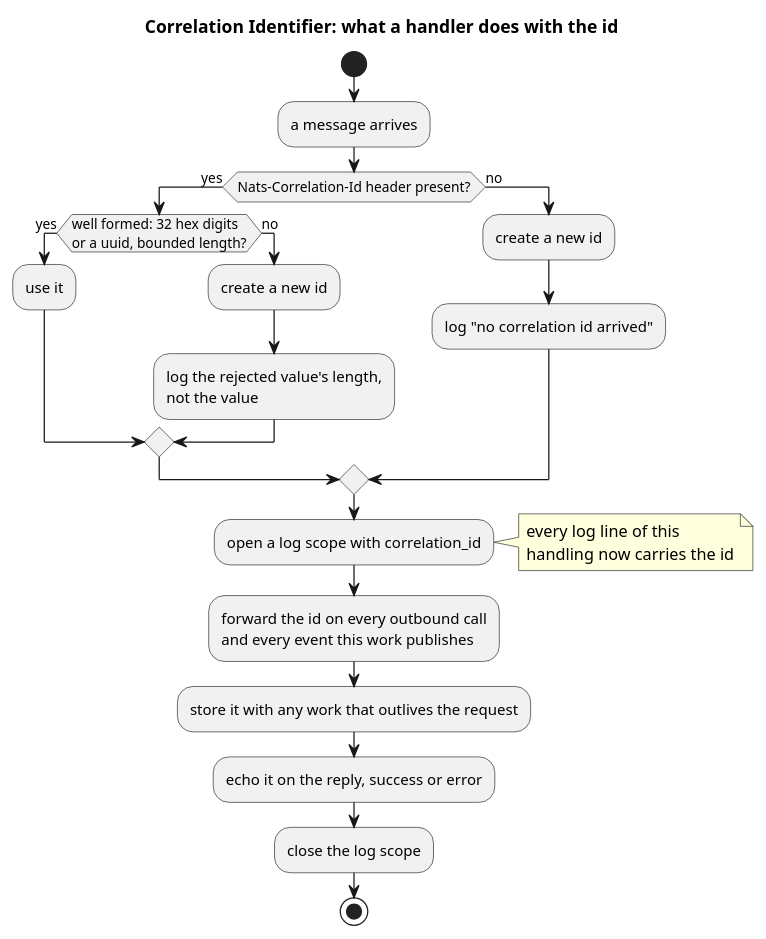
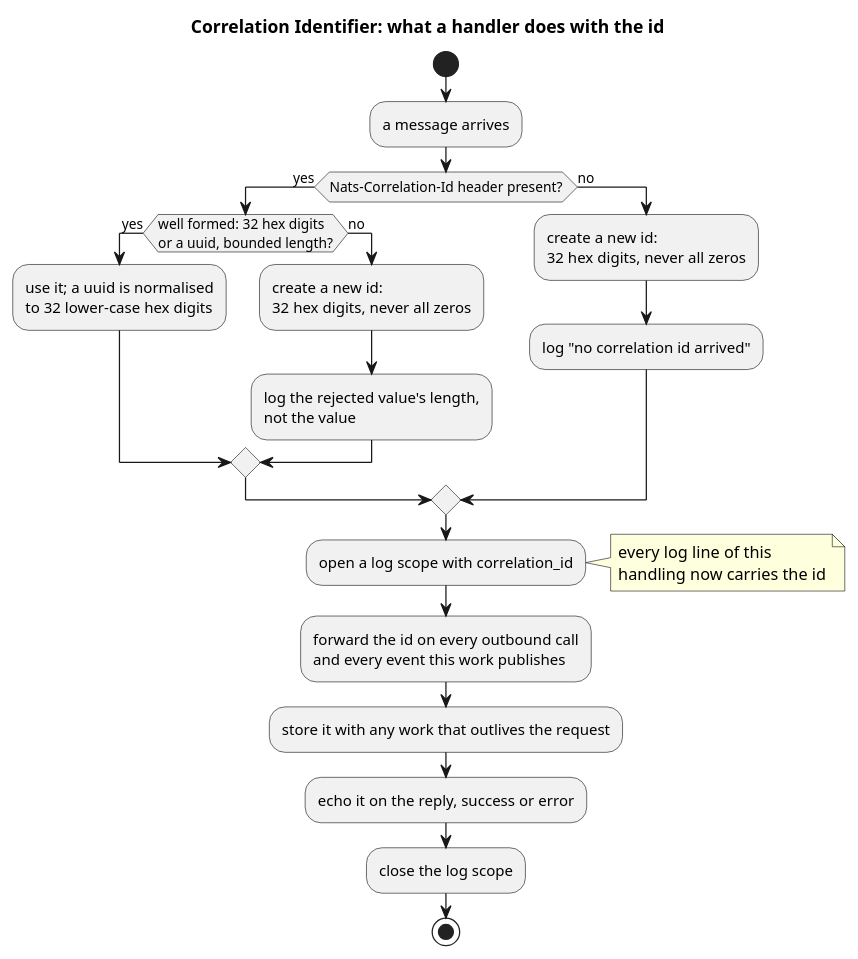
The diagram in doc/knowledge/service_architecture_patterns/pattern_correlation_identifier_handler.puml (OreStudio/OreStudio), drawn with PlantUML before and after one commit. The commit also changed 7 other files, not shown here.

```diff
--- a/doc/knowledge/service_architecture_patterns/pattern_correlation_identifier_handler.puml
+++ b/doc/knowledge/service_architecture_patterns/pattern_correlation_identifier_handler.puml
@@ -18,25 +18,25 @@
 @startuml
 
 title Correlation Identifier: what a handler does with the id
 
 start
 :a message arrives;
 if (Nats-Correlation-Id header present?) then (yes)
   if (well formed: 32 hex digits\nor a uuid, bounded length?) then (yes)
-    :use it;
+    :use it; a uuid is normalised\nto 32 lower-case hex digits;
   else (no)
-    :create a new id;
+    :create a new id:\n32 hex digits, never all zeros;
     :log the rejected value's length,\nnot the value;
   endif
 else (no)
-  :create a new id;
+  :create a new id:\n32 hex digits, never all zeros;
   :log "no correlation id arrived";
 endif
 :open a log scope with correlation_id;
 note right: every log line of this\nhandling now carries the id
 :forward the id on every outbound call\nand every event this work publishes;
 :store it with any work that outlives the request;
 :echo it on the reply, success or error;
 :close the log scope;
 stop
 @enduml
```
